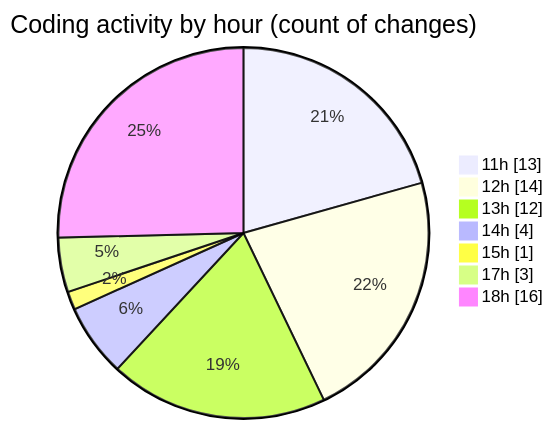
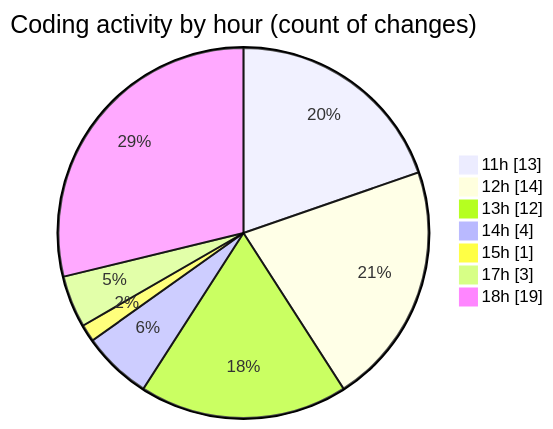
The second of 2 diagrams in 2025-12-29/nxtqube_webapp/README.md (nxtqubesakshisongat/code-tracking), drawn with Mermaid before and after one commit. The commit also changed other lines of this file and 1 other file, not shown here.

````diff
--- a/2025-12-29/nxtqube_webapp/README.md
+++ b/2025-12-29/nxtqube_webapp/README.md
@@ -33,11 +33,11 @@
 ```mermaid
 pie showData
 title Coding activity by hour (count of changes)
 "11h" : 13
 "12h" : 14
 "13h" : 12
 "14h" : 4
 "15h" : 1
 "17h" : 3
-"18h" : 16
+"18h" : 19
 ```
````
